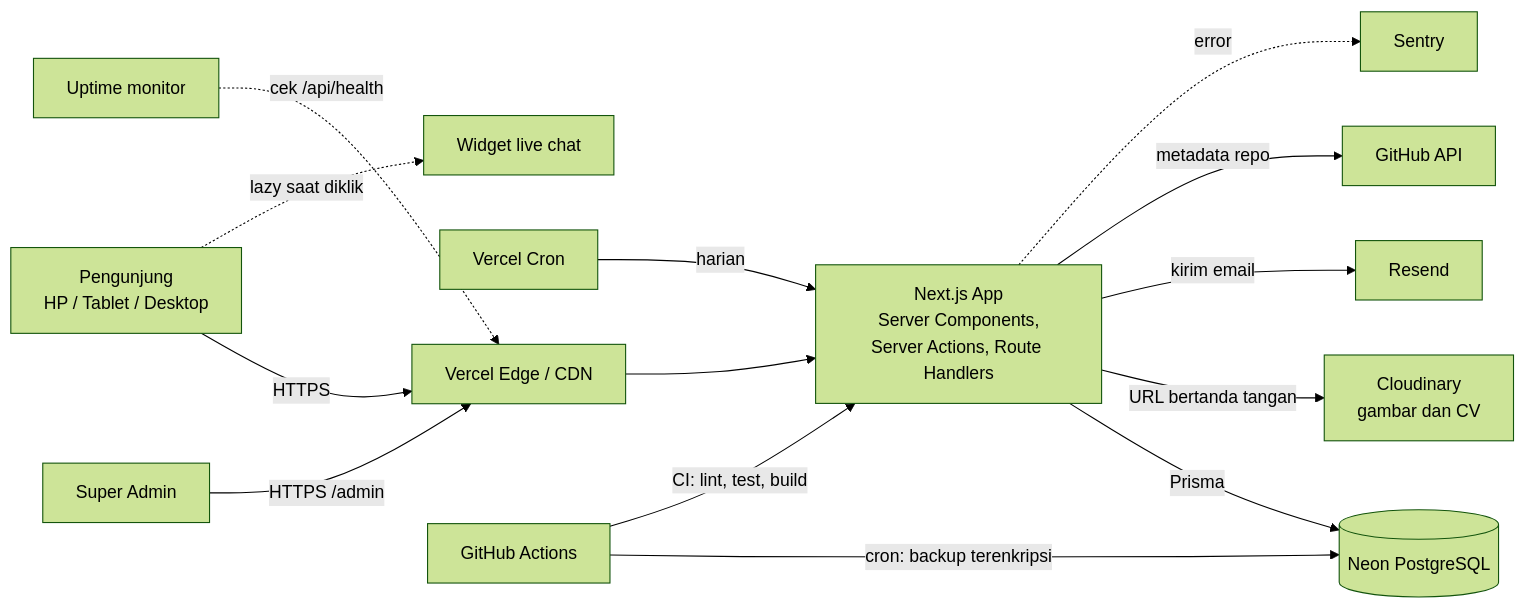
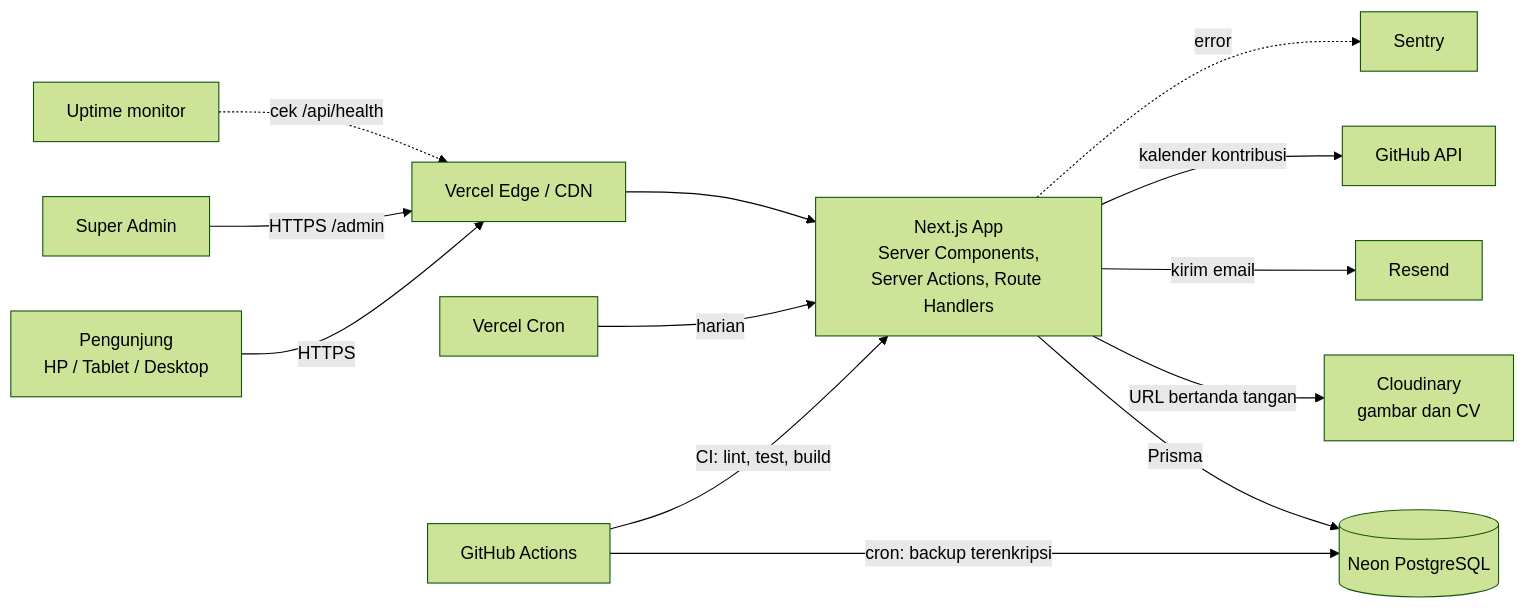
One commit to HorizonMirza/Mirza-Portfolio changed the first of 2 diagrams in Documentation/ARCHITECTURE.md. Above: the diagram before and after it, drawn with Mermaid (forest theme). The commit also changed other lines of this file, not shown here.

Commit message:
[CLAUDIA] docs(architecture): selaraskan stack, aksi admin, CI, lingkungan, dan status layanan dengan kode

````diff
--- a/Documentation/ARCHITECTURE.md
+++ b/Documentation/ARCHITECTURE.md
@@ -58,16 +58,15 @@
 ```mermaid
 flowchart LR
     V[Pengunjung<br/>HP / Tablet / Desktop] -->|HTTPS| E[Vercel Edge / CDN]
     A[Super Admin] -->|HTTPS /admin| E
     E --> N[Next.js App<br/>Server Components,<br/>Server Actions, Route Handlers]
     N -->|Prisma| DB[(Neon PostgreSQL)]
     N -->|URL bertanda tangan| CL[Cloudinary<br/>gambar dan CV]
     N -->|kirim email| RS[Resend]
-    N -->|metadata repo| GH[GitHub API]
+    N -->|kalender kontribusi| GH[GitHub API]
     VC[Vercel Cron] -->|harian| N
     N -.->|error| SE[Sentry]
-    V -.->|lazy saat diklik| CH[Widget live chat]
     GA[GitHub Actions] -->|cron: backup terenkripsi| DB
     GA -->|CI: lint, test, build| N
     UT[Uptime monitor] -.->|cek /api/health| E
 ```
````
